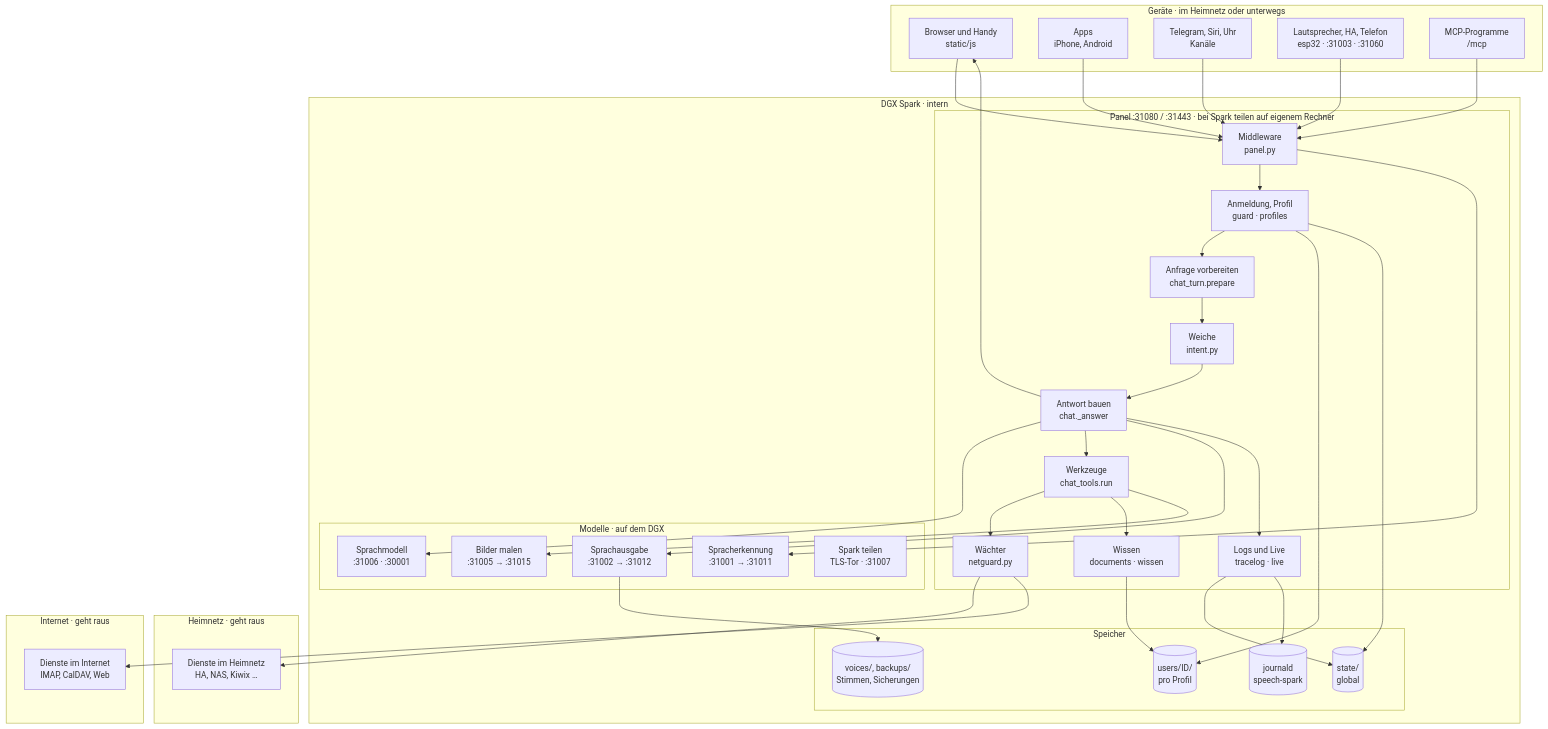
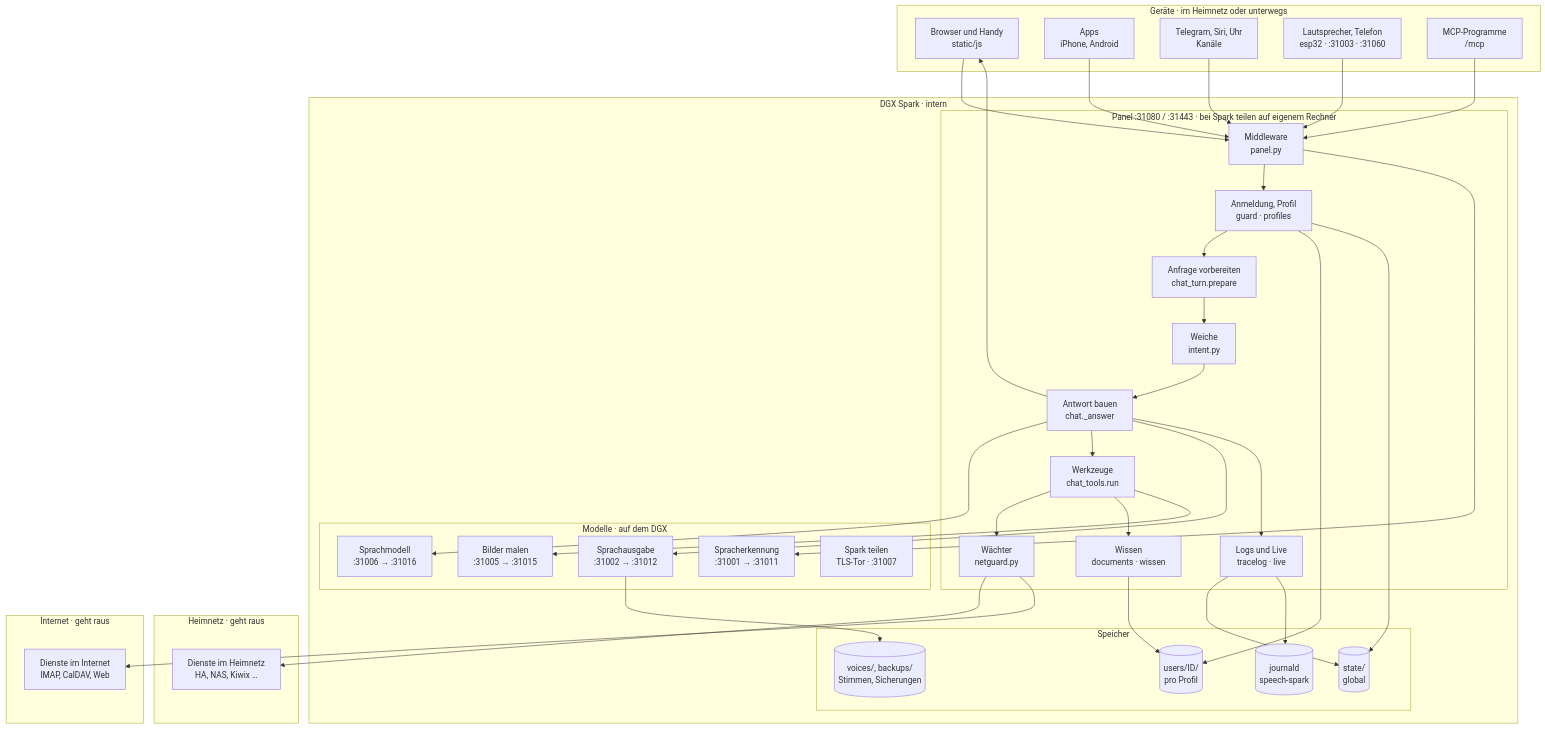
The first of 26 diagrams in docs/de/architektur.md (db9979/speech-on-dgx-spark), drawn with Mermaid before and after one commit. The commit also changed other lines of this file and 26 other files, not shown here.

First line of the commit message:
V01.0.669 Docs and help name the own language model; test_doku_stand keeps README, diagram and ports in step

````diff
--- a/docs/de/architektur.md
+++ b/docs/de/architektur.md
@@ -16,68 +16,68 @@
 ```mermaid
 flowchart TB
   subgraph z_geraete["Geräte · im Heimnetz oder unterwegs"]
     geraet["Browser und Handy<br/>static/js"]
     apps["Apps<br/>iPhone, Android"]
     kanaele["Telegram, Siri, Uhr<br/>Kanäle"]
-    lautsprecher["Lautsprecher, HA, Telefon<br/>esp32 · :31003 · :31060"]
+    lautsprecher["Lautsprecher, Telefon<br/>esp32 · :31003 · :31060"]
     mcpc["MCP-Programme<br/>/mcp"]
   end
   subgraph z_spark["DGX Spark · intern"]
     subgraph z_panel["Panel :31080 / :31443 · bei Spark teilen auf eigenem Rechner"]
       middleware["Middleware<br/>panel.py"]
       zugang["Anmeldung, Profil<br/>guard · profiles"]
       vorbereiten["Anfrage vorbereiten<br/>chat_turn.prepare"]
       weiche["Weiche<br/>intent.py"]
       antwort["Antwort bauen<br/>chat._answer"]
       werkzeuge["Werkzeuge<br/>chat_tools.run"]
       wissen["Wissen<br/>documents · wissen"]
       waechter["Wächter<br/>netguard.py"]
       betrieb["Logs und Live<br/>tracelog · live"]
     end
     subgraph z_modelle["Modelle · auf dem DGX"]
-      llm["Sprachmodell<br/>:31006 · :30001"]
+      llm["Sprachmodell<br/>:31006 → :31016"]
       asr["Spracherkennung<br/>:31001 → :31011"]
       tts["Sprachausgabe<br/>:31002 → :31012"]
       bild["Bilder malen<br/>:31005 → :31015"]
       teilen["Spark teilen<br/>TLS-Tor · :31007"]
     end
     subgraph z_speicher["Speicher"]
       state[("state/<br/>global")]
       users[("users/ID/<br/>pro Profil")]
       ablage[("voices/, backups/<br/>Stimmen, Sicherungen")]
       journal[("journald<br/>speech-spark")]
     end
   end
   subgraph z_heimnetz["Heimnetz · geht raus"]
     aussen["Dienste im Heimnetz<br/>HA, NAS, Kiwix …"]
   end
   subgraph z_internet["Internet · geht raus"]
     internet["Dienste im Internet<br/>IMAP, CalDAV, Web"]
   end
   geraet --> middleware
   apps --> middleware
   kanaele --> middleware
   lautsprecher --> middleware
   mcpc --> middleware
   middleware --> zugang
   middleware --> asr
   zugang --> vorbereiten
   vorbereiten --> weiche
   weiche --> antwort
   antwort --> llm
   antwort --> werkzeuge
   werkzeuge --> waechter
   waechter --> aussen
   waechter --> internet
   werkzeuge --> wissen
   antwort --> tts
   werkzeuge --> bild
   antwort --> geraet
   antwort --> betrieb
   betrieb --> state
   betrieb --> journal
   wissen --> users
   zugang --> users
   zugang --> state
   tts --> ablage
 ```
````
